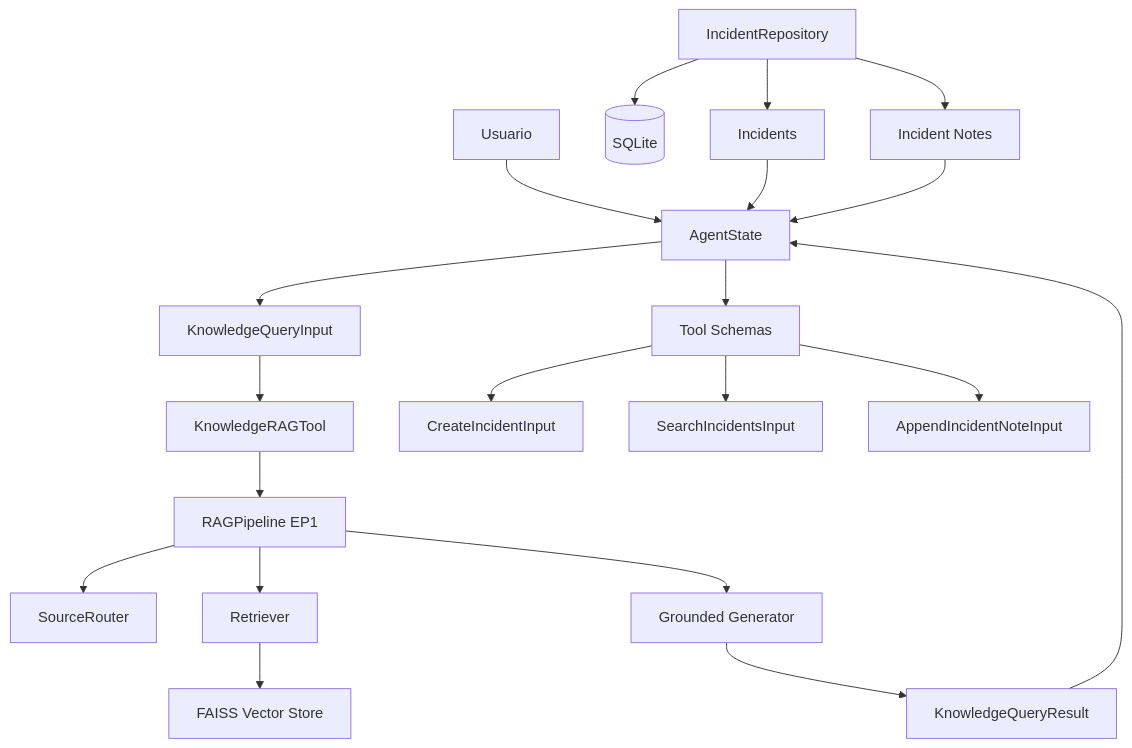
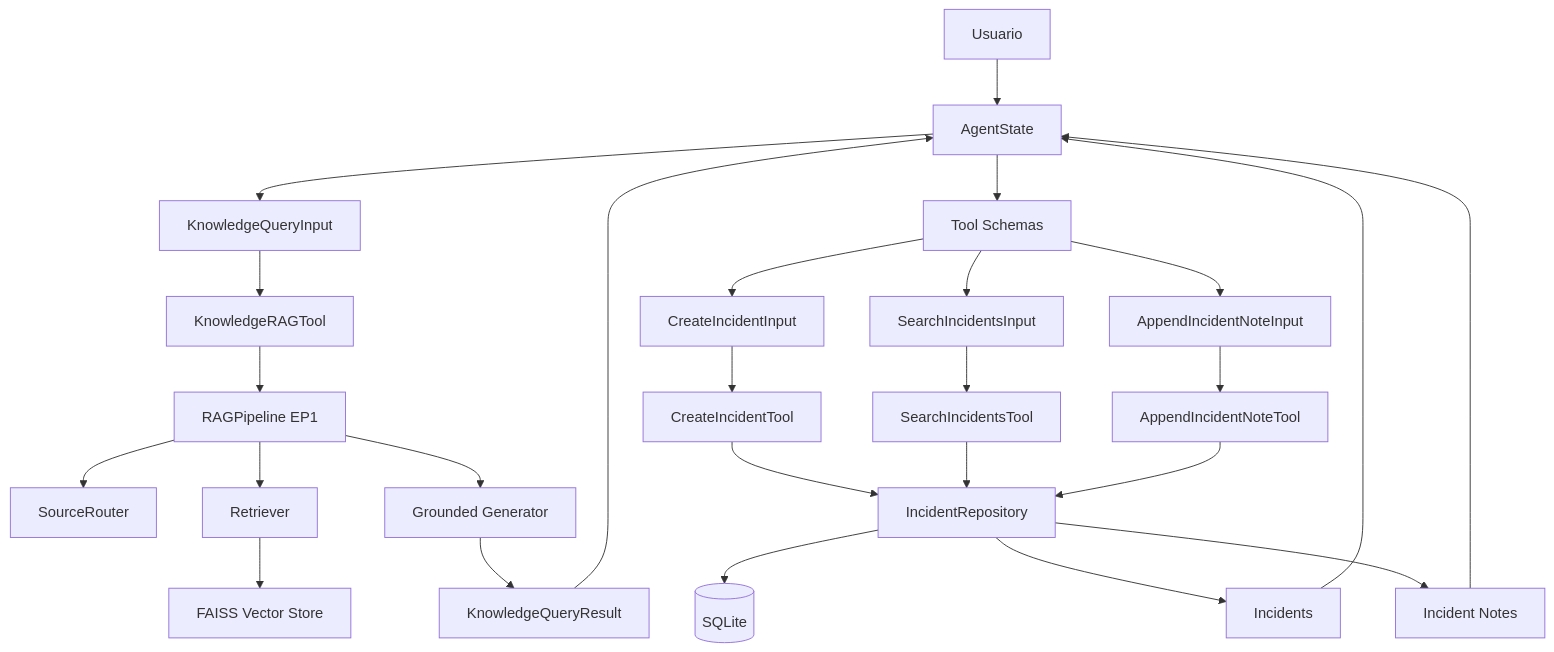
The first of 2 diagrams in README.md (HikariLucy/KnowledgeFlow-Agent), drawn with Mermaid before and after one commit. The commit also changed other lines of this file, not shown here.

Commit message:
docs: document executable incident tools

```diff
--- a/README.md
+++ b/README.md
@@ -136,28 +137,35 @@
 ~~~mermaid
 flowchart TD
     U[Usuario] --> AS[AgentState]
 
     AS --> KQT[KnowledgeQueryInput]
     KQT --> KRT[KnowledgeRAGTool]
 
     KRT --> RP[RAGPipeline EP1]
     RP --> SR[SourceRouter]
     RP --> RET[Retriever]
     RET --> VS[FAISS Vector Store]
     RP --> GEN[Grounded Generator]
     GEN --> KR[KnowledgeQueryResult]
 
     AS --> TS[Tool Schemas]
     TS --> CI[CreateIncidentInput]
     TS --> SI[SearchIncidentsInput]
     TS --> AN[AppendIncidentNoteInput]
 
+    CI --> CIT[CreateIncidentTool]
+    SI --> SIT[SearchIncidentsTool]
+    AN --> NIT[AppendIncidentNoteTool]
+
     DB[(SQLite)]
-    IR[IncidentRepository] --> DB
+    CIT --> IR[IncidentRepository]
+    SIT --> IR
+    NIT --> IR
+    IR --> DB
     IR --> INC[Incidents]
     IR --> NOTES[Incident Notes]
 
     KR --> AS
     INC --> AS
     NOTES --> AS
 ~~~
```
